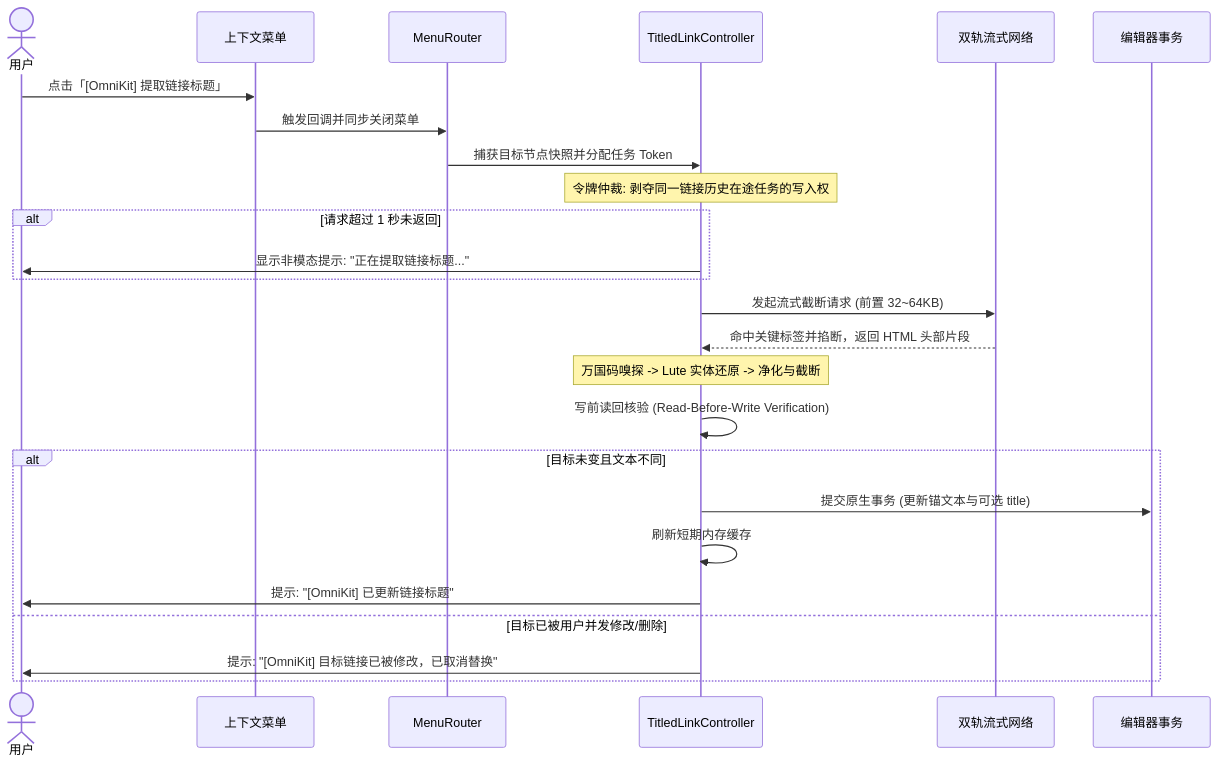
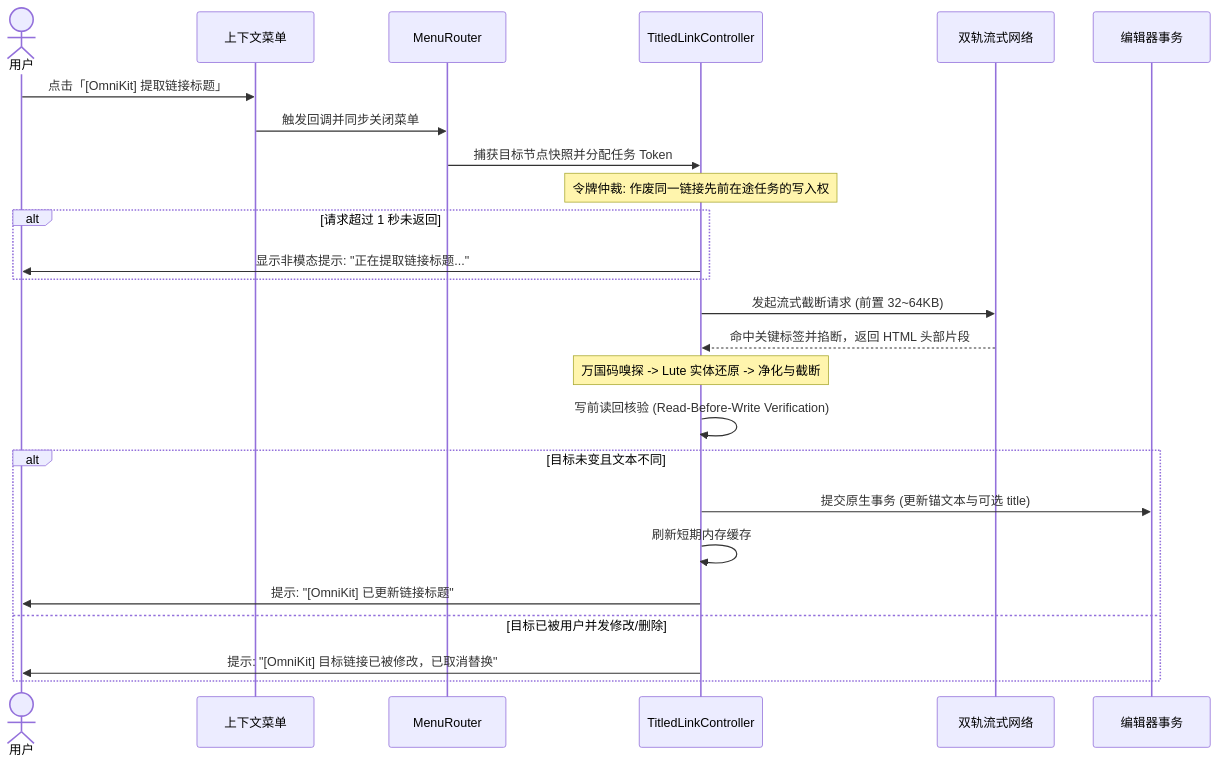
One commit to Forgo7ten/siyuan-plugin-omnikit changed the second of 2 diagrams in docs/features/titled-link.md. Above: the diagram before and after it, drawn with Mermaid. The commit also changed other lines of this file and 4 other files, not shown here.

````diff
--- a/docs/features/titled-link.md
+++ b/docs/features/titled-link.md
@@ -193,28 +193,28 @@
 ```mermaid
 sequenceDiagram
     actor User as 用户
     participant Menu as 上下文菜单
     participant Router as MenuRouter
     participant Controller as TitledLinkController
     participant Network as 双轨流式网络
     participant Protyle as 编辑器事务
 
     User->>Menu: 点击「[OmniKit] 提取链接标题」
     Menu->>Router: 触发回调并同步关闭菜单
     Router->>Controller: 捕获目标节点快照并分配任务 Token
-    Note over Controller: 令牌仲裁: 剥夺同一链接历史在途任务的写入权
+    Note over Controller: 令牌仲裁: 作废同一链接先前在途任务的写入权
     alt 请求超过 1 秒未返回
         Controller->>User: 显示非模态提示: "正在提取链接标题..."
     end
     Controller->>Network: 发起流式截断请求 (前置 32~64KB)
     Network-->>Controller: 命中关键标签并掐断，返回 HTML 头部片段
     Note over Controller: 万国码嗅探 -> Lute 实体还原 -> 净化与截断
     Controller->>Controller: 写前读回核验 (Read-Before-Write Verification)
     alt 目标未变且文本不同
         Controller->>Protyle: 提交原生事务 (更新锚文本与可选 title)
         Controller->>Controller: 刷新短期内存缓存
         Controller->>User: 提示: "[OmniKit] 已更新链接标题"
     else 目标已被用户并发修改/删除
         Controller->>User: 提示: "[OmniKit] 目标链接已被修改，已取消替换"
     end
 ```
````
